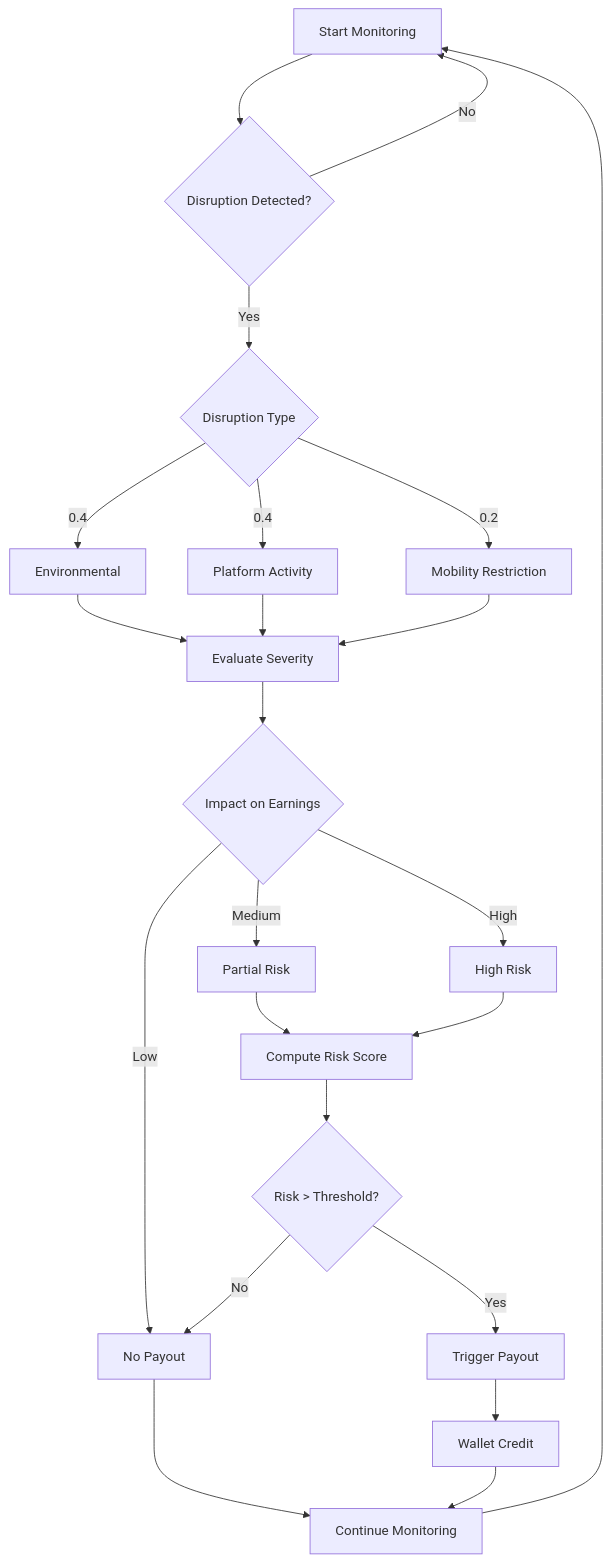
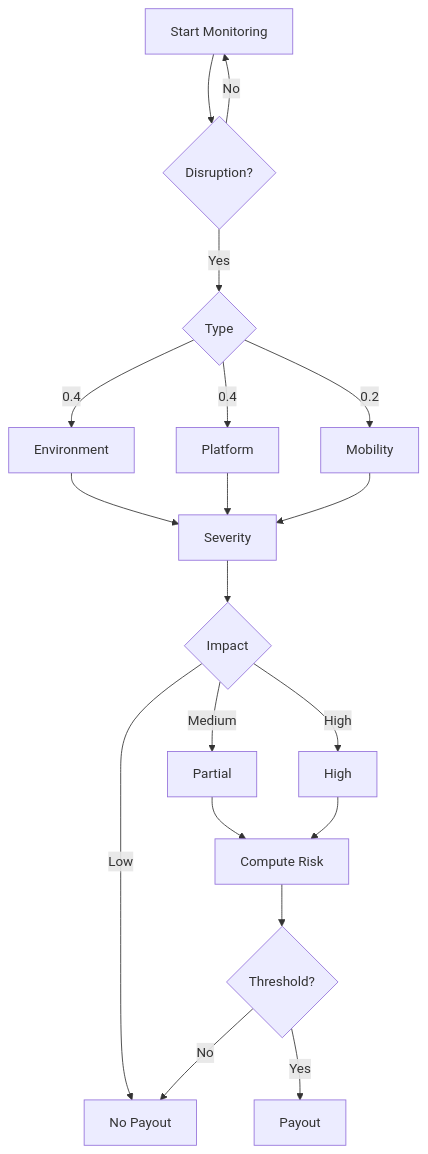
Before and after one commit to ed6095-web/Guidewire-DEVTrails-2026: the third of 4 diagrams in README.md, drawn with Mermaid. The commit also changed other lines of this file, not shown here.

````diff
--- a/README.md
+++ b/README.md
@@ -193,38 +146,27 @@
 ```mermaid
 flowchart TD
+A[Start Monitoring] --> B{Disruption?}
+B -- No --> A
+B -- Yes --> C{Type}
 
-A[Start Monitoring] --> B{Disruption Detected?}
+C -->|0.4| D[Environment]
+C -->|0.4| E[Platform]
+C -->|0.2| F[Mobility]
 
-B -- No --> A
-
-B -- Yes --> C{Disruption Type}
-
-C -->|0.4| D[Environmental]
-C -->|0.4| E[Platform Activity]
-C -->|0.2| F[Mobility Restriction]
-
-D --> G[Evaluate Severity]
+D --> G[Severity]
 E --> G
 F --> G
 
-G --> H{Impact on Earnings}
+G --> H{Impact}
 
 H -- Low --> I[No Payout]
+H -- Medium --> J[Partial]
+H -- High --> K[High]
 
-H -- Medium --> J[Partial Risk]
-
-H -- High --> K[High Risk]
-
-J --> L[Compute Risk Score]
+J --> L[Compute Risk]
 K --> L
 
-L --> M{Risk > Threshold?}
-
+L --> M{Threshold?}
+M -- Yes --> N[Payout]
 M -- No --> I
-M -- Yes --> N[Trigger Payout]
-
-N --> O[Wallet Credit]
-I --> P[Continue Monitoring]
-O --> P
-P --> A
 ```
````
